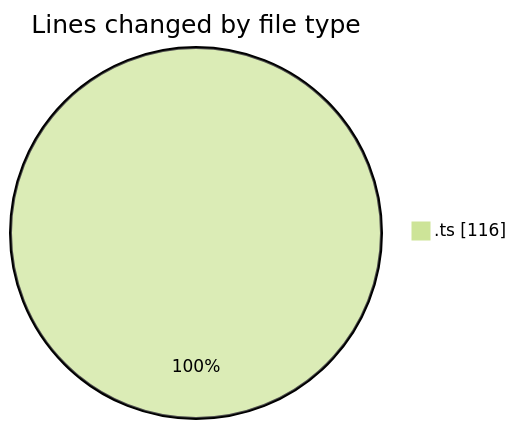
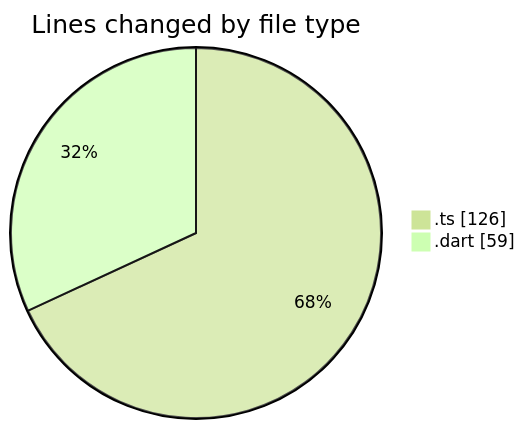
Before and after one commit to donsfak/code-tracking: the first of 2 diagrams in 2025-02-09/maps_clone/README.md, drawn with Mermaid (forest theme). The commit also changed other lines of this file and 1 other file, not shown here.

````diff
--- a/2025-02-09/maps_clone/README.md
+++ b/2025-02-09/maps_clone/README.md
@@ -20,5 +21,6 @@
 ```mermaid
 pie showData
 title Lines changed by file type
-".ts" : 116
+".ts" : 126
+".dart" : 59
 ```
````
